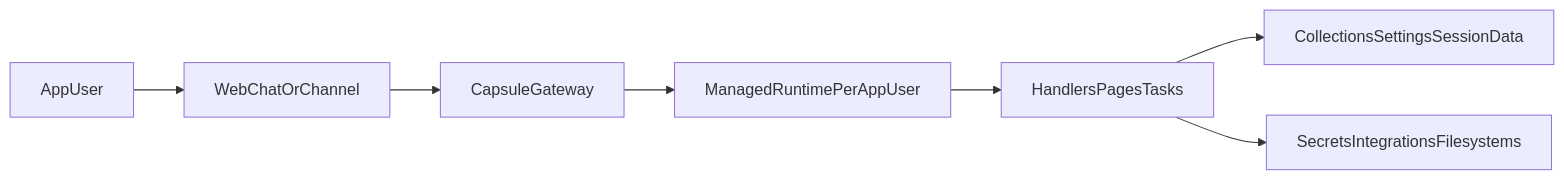
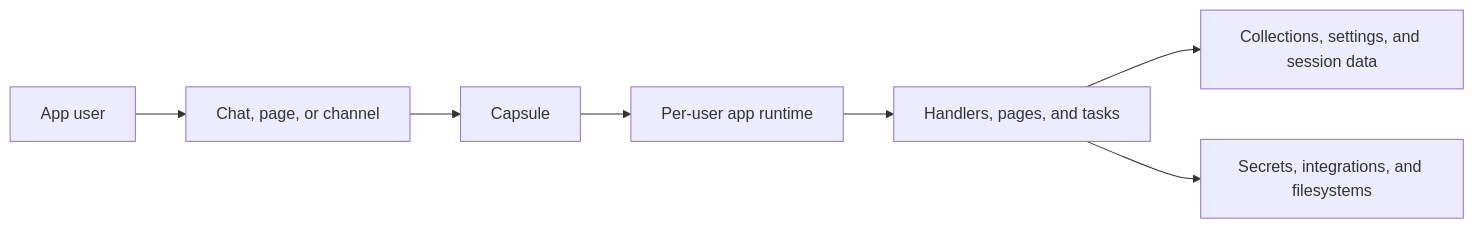
Before and after one commit to beam-cloud/capsule-docs: the diagram in concepts/app-model-and-runtime.mdx, drawn with Mermaid. The commit also changed other lines of this file and 23 other files, not shown here.

````diff
--- a/concepts/app-model-and-runtime.mdx
+++ b/concepts/app-model-and-runtime.mdx
@@ -51,9 +51,9 @@
 ```mermaid
 flowchart LR
-    appUser[AppUser] --> surface[WebChatOrChannel]
-    surface --> gateway[CapsuleGateway]
-    gateway --> runtime[ManagedRuntimePerAppUser]
-    runtime --> logic[HandlersPagesTasks]
-    logic --> state[CollectionsSettingsSessionData]
-    logic --> resources[SecretsIntegrationsFilesystems]
+    appUser[App user] --> surface[Chat, page, or channel]
+    surface --> router[Capsule]
+    router --> runtime[Per-user app runtime]
+    runtime --> logic[Handlers, pages, and tasks]
+    logic --> state[Collections, settings, and session data]
+    logic --> resources[Secrets, integrations, and filesystems]
 ```
````
